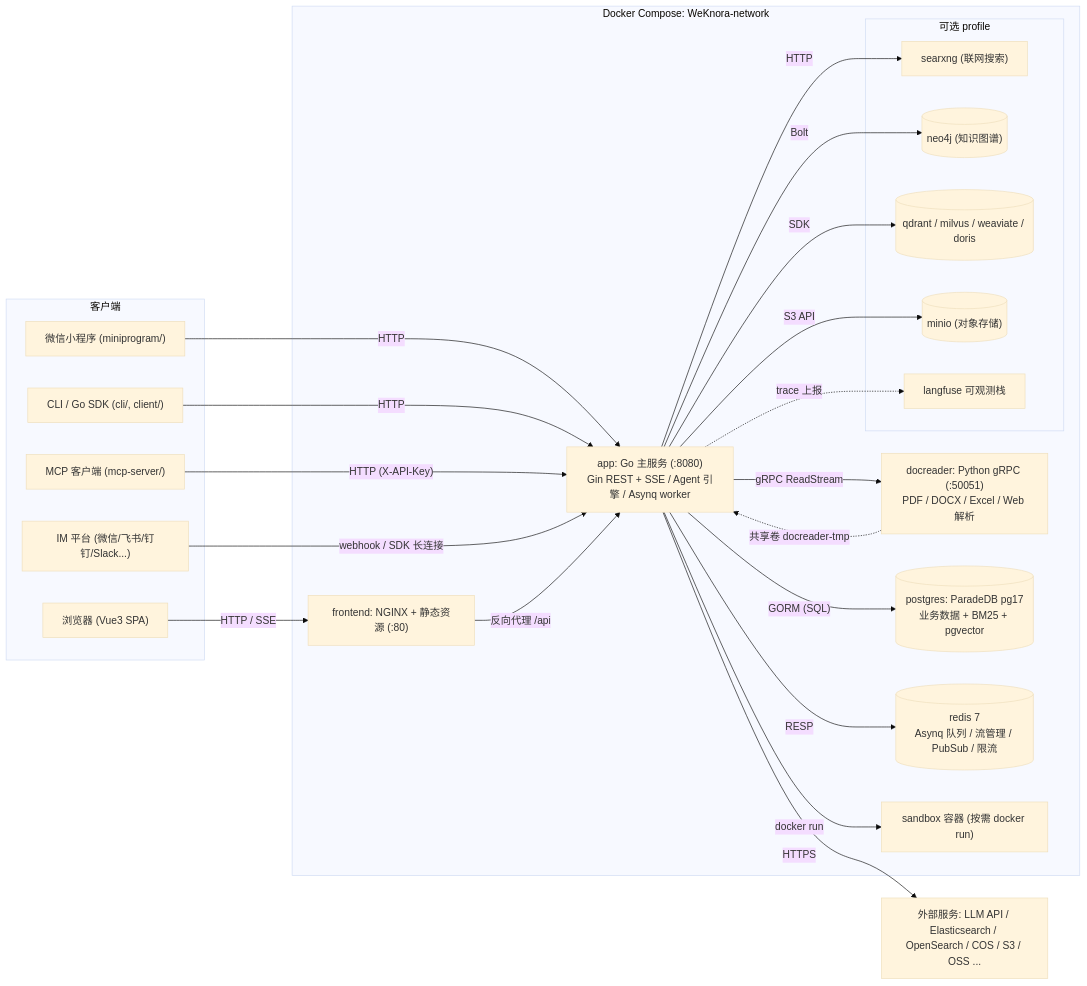
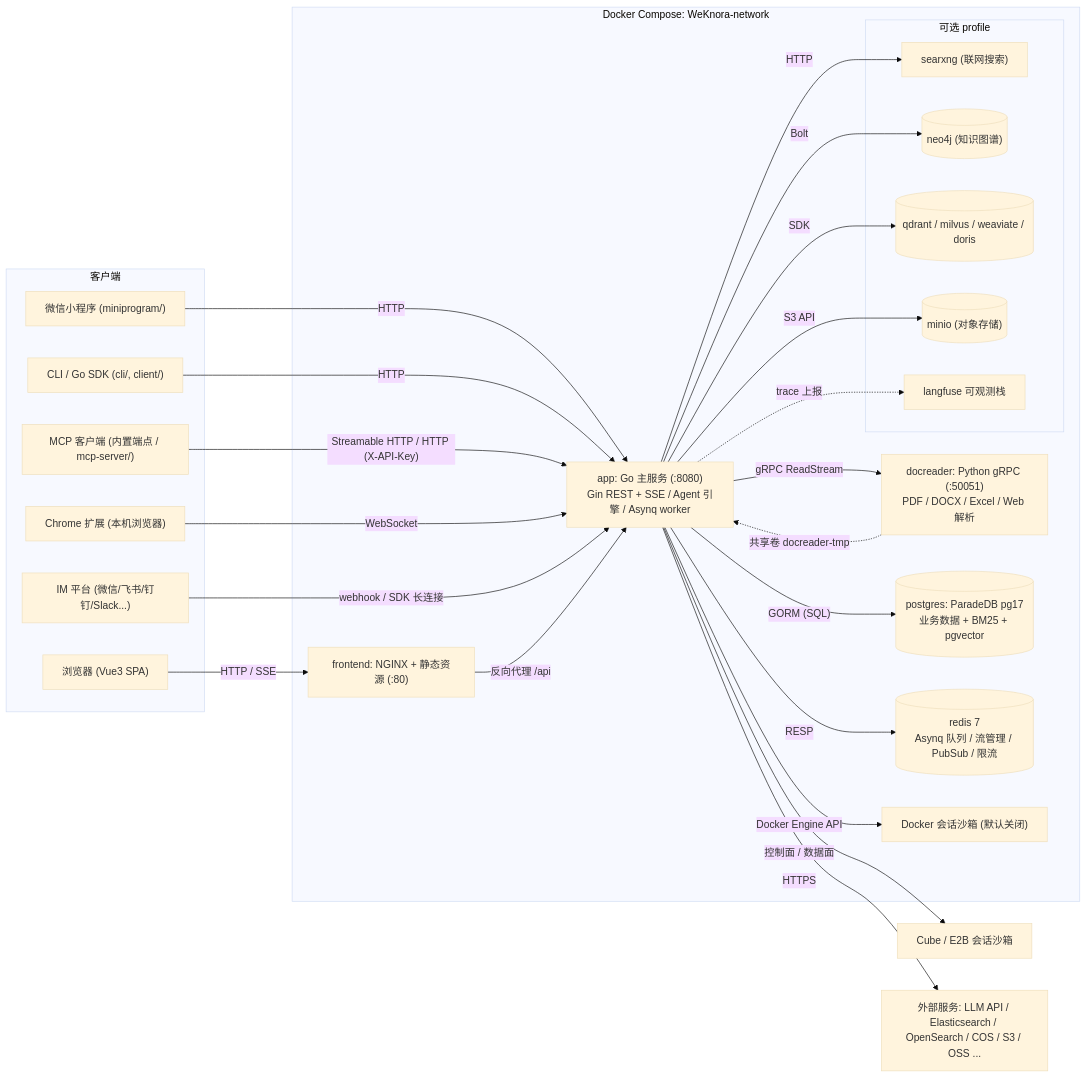
One commit to Asoclaw/weknora-personal changed the first of 2 diagrams in website-docs/02-architecture/01-overview.md. Above: the diagram before and after it, drawn with Mermaid (base theme). The commit also changed other lines of this file and 2529 other files, not shown here.

````diff
--- a/website-docs/02-architecture/01-overview.md
+++ b/website-docs/02-architecture/01-overview.md
@@ -89,46 +91,50 @@
 ```mermaid
 graph LR
     subgraph Clients["客户端"]
         Browser["浏览器 (Vue3 SPA)"]
         Mini["微信小程序 (miniprogram/)"]
         CLI["CLI / Go SDK (cli/, client/)"]
-        MCPC["MCP 客户端 (mcp-server/)"]
+        MCPC["MCP 客户端 (内置端点 / mcp-server/)"]
+        EXTN["Chrome 扩展 (本机浏览器)"]
         IM["IM 平台 (微信/飞书/钉钉/Slack...)"]
     end
 
     subgraph Compose["Docker Compose: WeKnora-network"]
         FE["frontend: NGINX + 静态资源 (:80)"]
         APP["app: Go 主服务 (:8080)<br/>Gin REST + SSE / Agent 引擎 / Asynq worker"]
         DR["docreader: Python gRPC (:50051)<br/>PDF / DOCX / Excel / Web 解析"]
         PG[("postgres: ParadeDB pg17<br/>业务数据 + BM25 + pgvector")]
         RD[("redis 7<br/>Asynq 队列 / 流管理 / PubSub / 限流")]
-        SBX["sandbox 容器 (按需 docker run)"]
+        SBX["Docker 会话沙箱 (默认关闭)"]
         subgraph Optional["可选 profile"]
             SX["searxng (联网搜索)"]
             NEO[("neo4j (知识图谱)")]
             VDB[("qdrant / milvus / weaviate / doris")]
             MINIO[("minio (对象存储)")]
             LF["langfuse 可观测栈"]
         end
     end
 
+    REMOTE["Cube / E2B 会话沙箱"]
     EXT["外部服务: LLM API / Elasticsearch / OpenSearch / COS / S3 / OSS ..."]
 
     Browser -->|"HTTP / SSE"| FE
     Mini -->|"HTTP"| APP
     CLI -->|"HTTP"| APP
-    MCPC -->|"HTTP (X-API-Key)"| APP
+    MCPC -->|"Streamable HTTP / HTTP (X-API-Key)"| APP
+    EXTN -->|"WebSocket"| APP
     IM -->|"webhook / SDK 长连接"| APP
     FE -->|"反向代理 /api"| APP
     APP -->|"gRPC ReadStream"| DR
     APP -->|"GORM (SQL)"| PG
     APP -->|"RESP"| RD
-    APP -->|"docker run"| SBX
+    APP -->|"Docker Engine API"| SBX
+    APP -->|"控制面 / 数据面"| REMOTE
     APP -->|"HTTP"| SX
     APP -->|"Bolt"| NEO
     APP -->|"SDK"| VDB
     APP -->|"S3 API"| MINIO
     APP -->|"HTTPS"| EXT
     APP -.->|"trace 上报"| LF
     DR -.->|"共享卷 docreader-tmp"| APP
 ```
````
